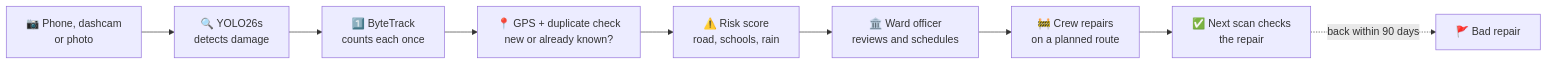
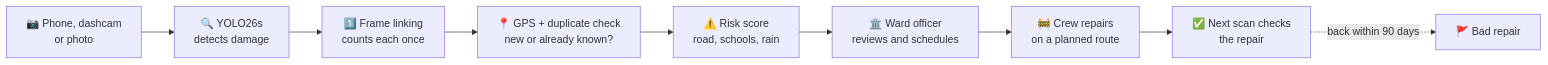
The diagram in README.md (ayman-43/HackValley-2K26), drawn with Mermaid before and after one commit. The commit also changed other lines of this file and 1 other file, not shown here.

Commit message:
README: all live links; tracking is now frame linking

````diff
--- a/README.md
+++ b/README.md
@@ -206,11 +216,11 @@
 ```mermaid
 flowchart LR
     A["📷 Phone, dashcam<br>or photo"] --> B["🔍 YOLO26s<br>detects damage"]
-    B --> C["1️⃣ ByteTrack<br>counts each once"]
+    B --> C["1️⃣ Frame linking<br>counts each once"]
     C --> D["📍 GPS + duplicate check<br>new or already known?"]
     D --> E["⚠️ Risk score<br>road, schools, rain"]
     E --> F["🏛️ Ward officer<br>reviews and schedules"]
     F --> G["🚧 Crew repairs<br>on a planned route"]
     G --> H["✅ Next scan checks<br>the repair"]
     H -. "back within 90 days" .-> I["🚩 Bad repair"]
 ```
````
